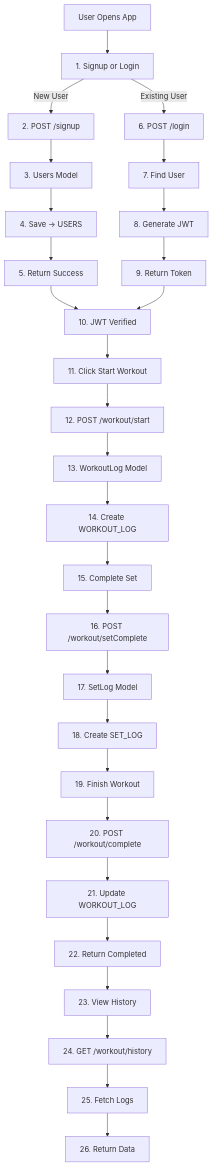
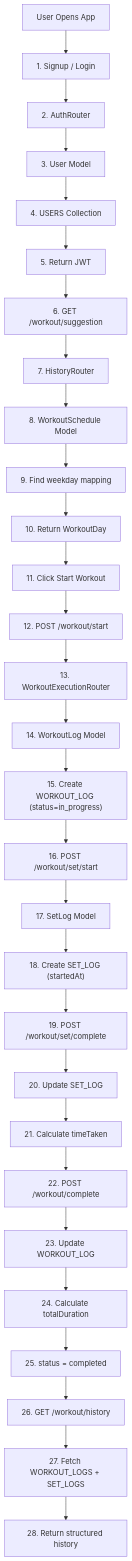
The second of 2 diagrams in Backend/src/docs/backend-flow.md (Ophidev/FitFlow), drawn with Mermaid before and after one commit. The commit also changed other lines of this file, not shown here.

Commit message:
docs: update backend-flow.md with latest architecture (schedule layer + execution updates)

````diff
--- a/Backend/src/docs/backend-flow.md
+++ b/Backend/src/docs/backend-flow.md
@@ -127,72 +137,75 @@
 ```mermaid
 flowchart TB
 
 %% ==============================
 %% USER ENTRY
 %% ==============================
 
 U["User Opens App"]
 
 %% ==============================
 %% AUTH FLOW
 %% ==============================
 
-U --> A1["1. Signup or Login"]
+U --> A1["1. Signup / Login"]
 
-A1 -->|New User| A2["2. POST /signup"]
-A2 --> A3["3. Users Model"]
-A3 --> A4["4. Save → USERS"]
-A4 --> A5["5. Return Success"]
-
-A1 -->|Existing User| B2["6. POST /login"]
-B2 --> B3["7. Find User"]
-B3 --> B4["8. Generate JWT"]
-B4 --> B5["9. Return Token"]
-
-A5 --> C0
-B5 --> C0
+A1 --> A2["2. AuthRouter"]
+A2 --> A3["3. User Model"]
+A3 --> A4["4. USERS Collection"]
+A4 --> A5["5. Return JWT"]
 
 %% ==============================
-%% JWT VERIFIED
+%% LOAD TODAY WORKOUT (SCHEDULE)
 %% ==============================
 
-C0["10. JWT Verified"]
+A5 --> B1["6. GET /workout/suggestion"]
+
+B1 --> B2["7. HistoryRouter"]
+B2 --> B3["8. WorkoutSchedule Model"]
+B3 --> B4["9. Find weekday mapping"]
+B4 --> B5["10. Return WorkoutDay"]
 
 %% ==============================
-%% WORKOUT START
+%% START WORKOUT
 %% ==============================
 
-C0 --> C1["11. Click Start Workout"]
+B5 --> C1["11. Click Start Workout"]
+
 C1 --> C2["12. POST /workout/start"]
-C2 --> C3["13. WorkoutLog Model"]
-C3 --> C4["14. Create WORKOUT_LOG"]
+C2 --> C3["13. WorkoutExecutionRouter"]
+C3 --> C4["14. WorkoutLog Model"]
+C4 --> C5["15. Create WORKOUT_LOG (status=in_progress)"]
 
 %% ==============================
-%% SET COMPLETE
+%% START SET
 %% ==============================
 
-C4 --> D1["15. Complete Set"]
-D1 --> D2["16. POST /workout/setComplete"]
-D2 --> D3["17. SetLog Model"]
-D3 --> D4["18. Create SET_LOG"]
+C5 --> D1["16. POST /workout/set/start"]
+D1 --> D2["17. SetLog Model"]
+D2 --> D3["18. Create SET_LOG (startedAt)"]
 
 %% ==============================
-%% WORKOUT COMPLETE
+%% COMPLETE SET
 %% ==============================
 
-D4 --> E1["19. Finish Workout"]
-E1 --> E2["20. POST /workout/complete"]
-E2 --> E3["21. Update WORKOUT_LOG"]
-E3 --> E4["22. Return Completed"]
+D3 --> E1["19. POST /workout/set/complete"]
+E1 --> E2["20. Update SET_LOG"]
+E2 --> E3["21. Calculate timeTaken"]
 
 %% ==============================
-%% HISTORY
+%% COMPLETE WORKOUT
 %% ==============================
 
-E4 --> F1["23. View History"]
-F1 --> F2["24. GET /workout/history"]
-F2 --> F3["25. Fetch Logs"]
-F3 --> F4["26. Return Data"] 
+E3 --> F1["22. POST /workout/complete"]
+F1 --> F2["23. Update WORKOUT_LOG"]
+F2 --> F3["24. Calculate totalDuration"]
+F3 --> F4["25. status = completed"]
 
+%% ==============================
+%% HISTORY VIEW
+%% ==============================
 
+F4 --> G1["26. GET /workout/history"]
+G1 --> G2["27. Fetch WORKOUT_LOGS + SET_LOGS"]
+G2 --> G3["28. Return structured history"]
 ```
````
